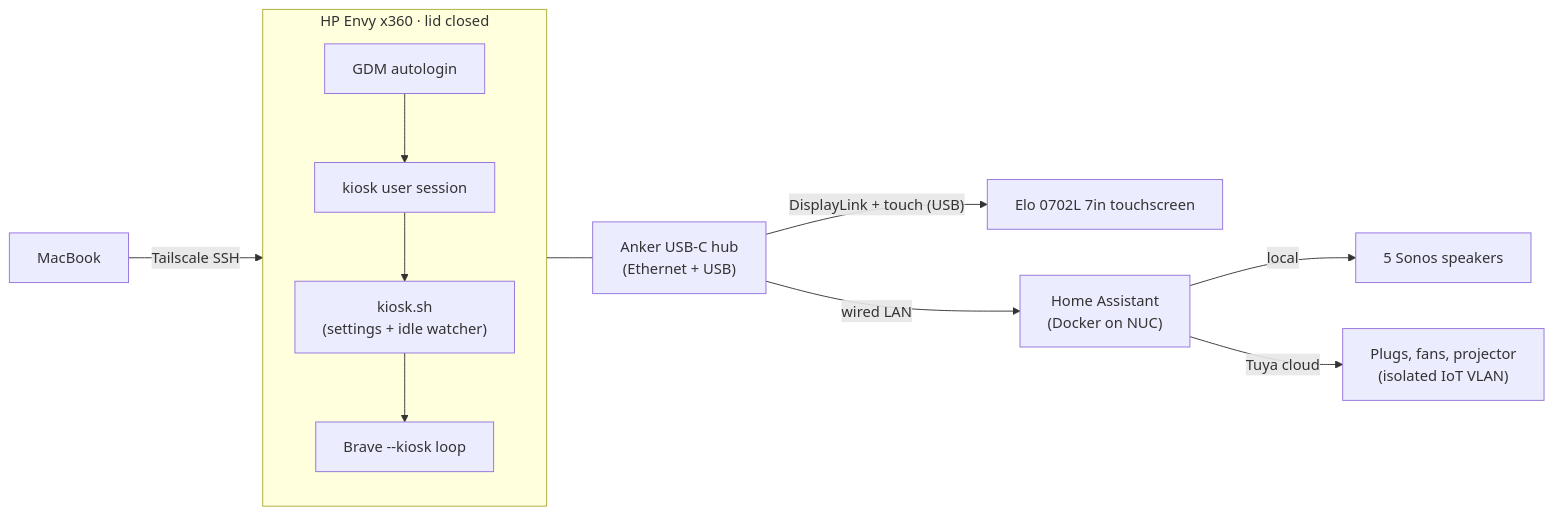
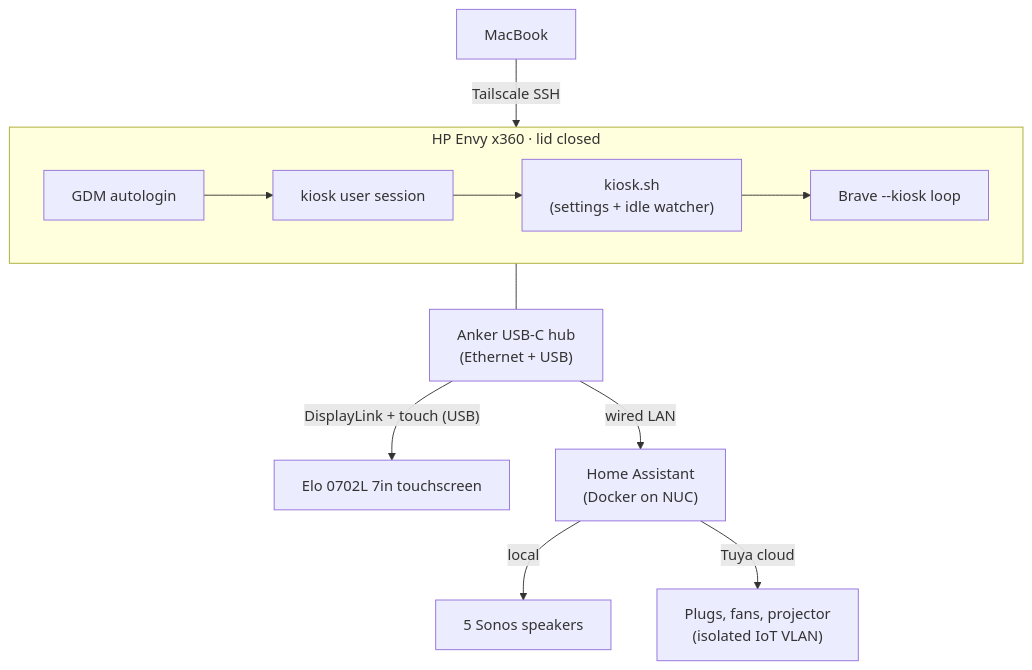
The diagram in projects/elo-ha-panel/README.md (AdreenaBermudez/homelab), drawn with Mermaid before and after one commit.

Commit message:
Architecture diagram top-down

````diff
--- a/projects/elo-ha-panel/README.md
+++ b/projects/elo-ha-panel/README.md
@@ -21,15 +21,15 @@
 ```mermaid
-flowchart LR
+flowchart TB
     subgraph Envy["HP Envy x360 · lid closed"]
         GDM["GDM autologin"] --> K["kiosk user session"]
         K --> S["kiosk.sh<br/>(settings + idle watcher)"]
         S --> B["Brave --kiosk loop"]
     end
     Hub["Anker USB-C hub<br/>(Ethernet + USB)"]
     Envy --- Hub
     Hub -- "DisplayLink + touch (USB)" --> Elo["Elo 0702L 7in touchscreen"]
     Hub -- "wired LAN" --> HA["Home Assistant<br/>(Docker on NUC)"]
     HA -- "local" --> Sonos["5 Sonos speakers"]
     HA -- "Tuya cloud" --> IoT["Plugs, fans, projector<br/>(isolated IoT VLAN)"]
     Mac["MacBook"] -- "Tailscale SSH" --> Envy
 ```
````
